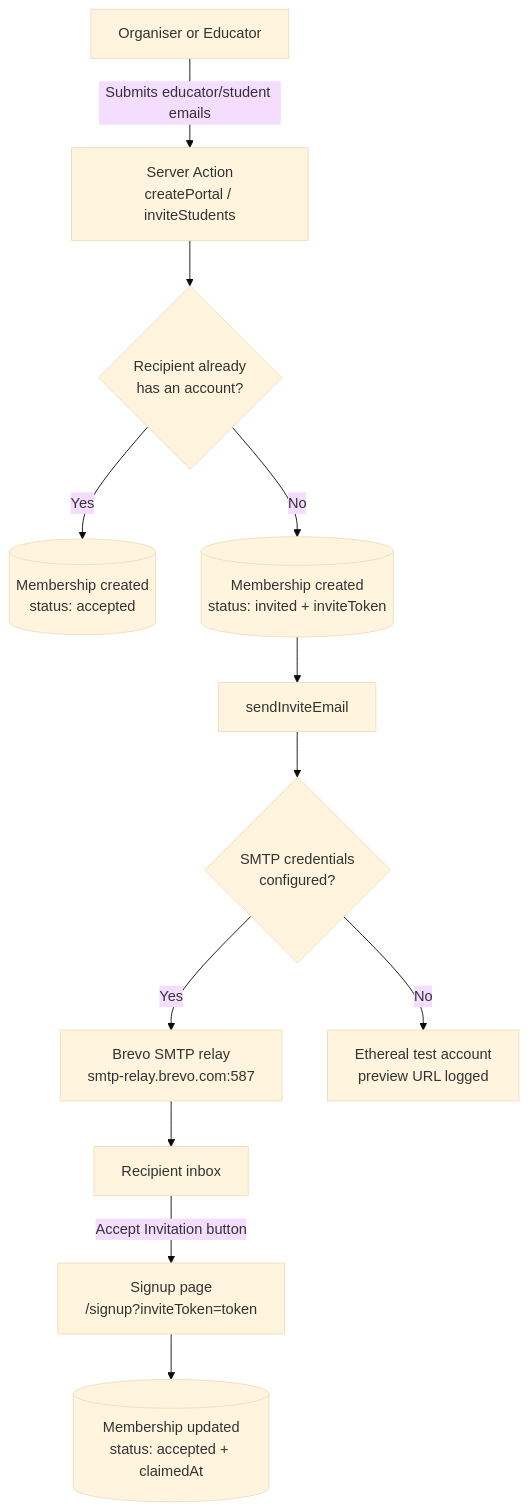
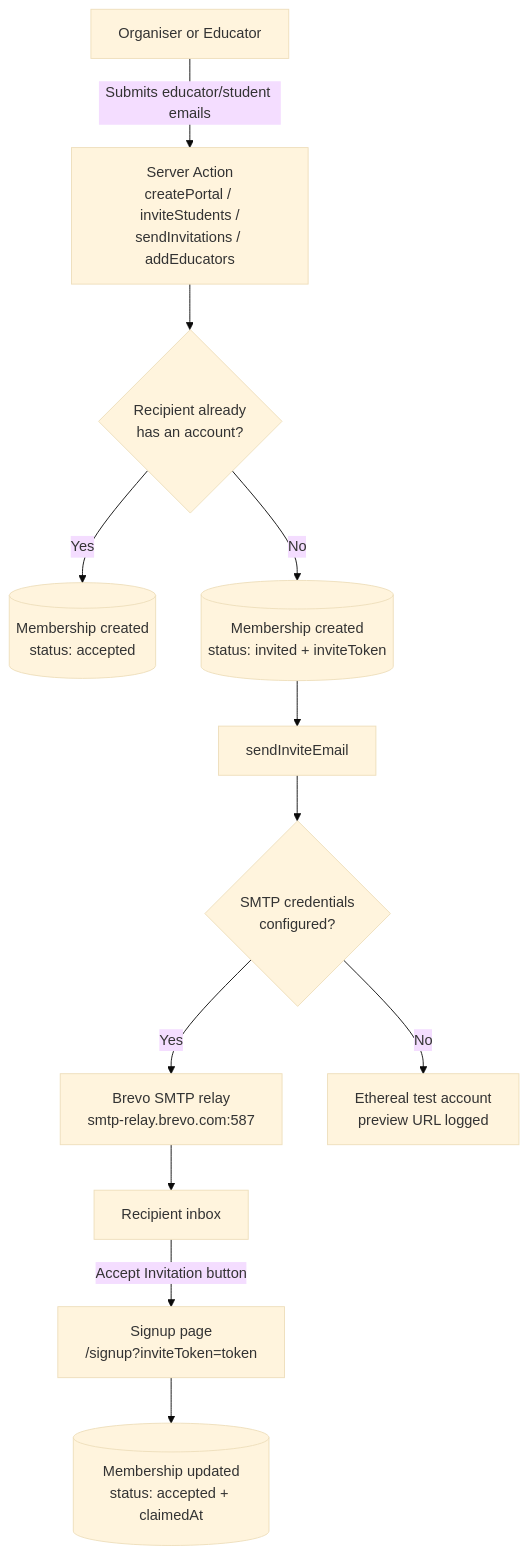
Before and after one commit to Thabiso-Thuso/Olympiad-Documentation: the diagram in docs/Technical Documentation/email-smtp.mdx, drawn with Mermaid (base theme). The commit also changed other lines of this file and 5 other files, not shown here.

````diff
--- a/docs/Technical Documentation/email-smtp.mdx
+++ b/docs/Technical Documentation/email-smtp.mdx
@@ -26,14 +26,14 @@
 ```mermaid
 graph TD
-    Actor[Organiser or Educator] -->|Submits educator/student emails| Action[Server Action<br/>createPortal / inviteStudents]
+    Actor[Organiser or Educator] -->|Submits educator/student emails| Action[Server Action<br/>createPortal / inviteStudents /<br/>sendInvitations / addEducators]
     Action --> Lookup{Recipient already<br/>has an account?}
     Lookup -->|Yes| Direct[(Membership created<br/>status: accepted)]
     Lookup -->|No| Invite[(Membership created<br/>status: invited + inviteToken)]
     Invite --> Email[sendInviteEmail]
     Email --> Transport{SMTP credentials<br/>configured?}
     Transport -->|Yes| Brevo[Brevo SMTP relay<br/>smtp-relay.brevo.com:587]
     Transport -->|No| Ethereal[Ethereal test account<br/>preview URL logged]
     Brevo --> Inbox[Recipient inbox]
     Inbox -->|Accept Invitation button| Signup[Signup page<br/>/signup?inviteToken=token]
     Signup --> Claim[(Membership updated<br/>status: accepted + claimedAt)]
 ```
````
